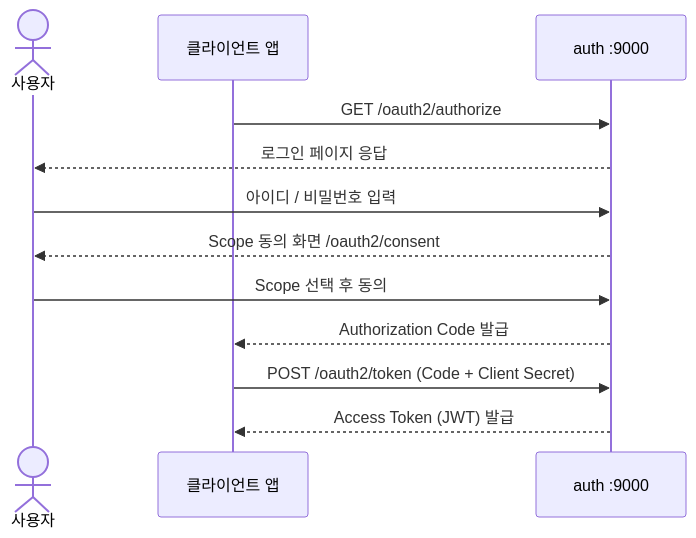
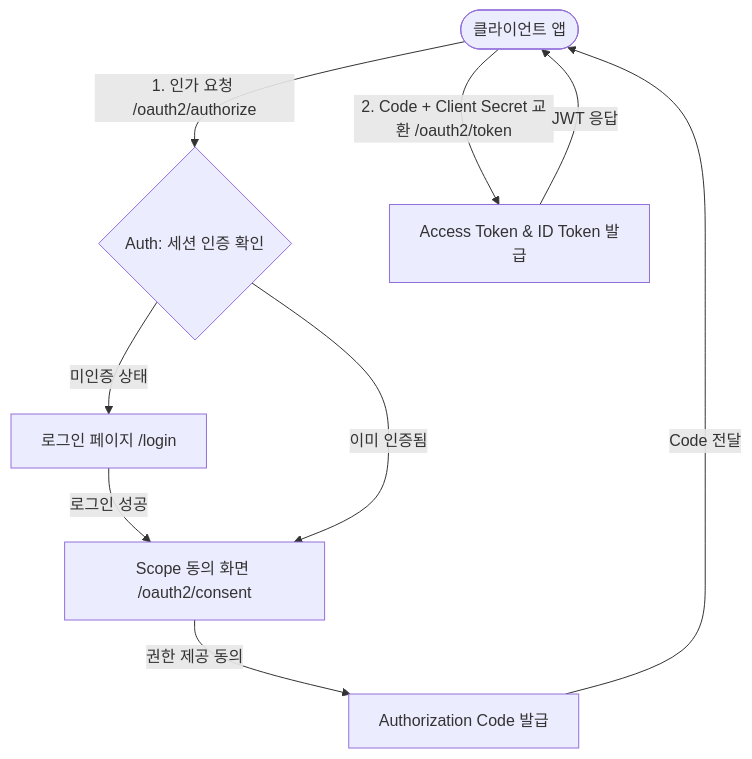
Before and after one commit to jeeneep/fisa-oauth: the second of 4 diagrams in README.md, drawn with Mermaid. The commit also changed other lines of this file, not shown here.

````diff
--- a/README.md
+++ b/README.md
@@ -35,15 +312,11 @@
 ```mermaid
-sequenceDiagram
-    actor User as 사용자
-    participant Client as 클라이언트 앱
-    participant Auth as auth :9000
-
-    Client->>Auth: GET /oauth2/authorize
-    Auth-->>User: 로그인 페이지 응답
-    User->>Auth: 아이디 / 비밀번호 입력
-    Auth-->>User: Scope 동의 화면 /oauth2/consent
-    User->>Auth: Scope 선택 후 동의
-    Auth-->>Client: Authorization Code 발급
-    Client->>Auth: POST /oauth2/token (Code + Client Secret)
-    Auth-->>Client: Access Token (JWT) 발급
+flowchart TD
+    A([클라이언트 앱]) -->|1. 인가 요청 /oauth2/authorize| B{Auth: 세션 인증 확인}
+    B -->|미인증 상태| C[로그인 페이지 /login]
+    C -->|로그인 성공| D[Scope 동의 화면 /oauth2/consent]
+    B -->|이미 인증됨| D
+    D -->|권한 제공 동의| E[Authorization Code 발급]
+    E -->|Code 전달| A
+    A -->|2. Code + Client Secret 교환 /oauth2/token| F[Access Token & ID Token 발급]
+    F -->|JWT 응답| A
 ```
````
